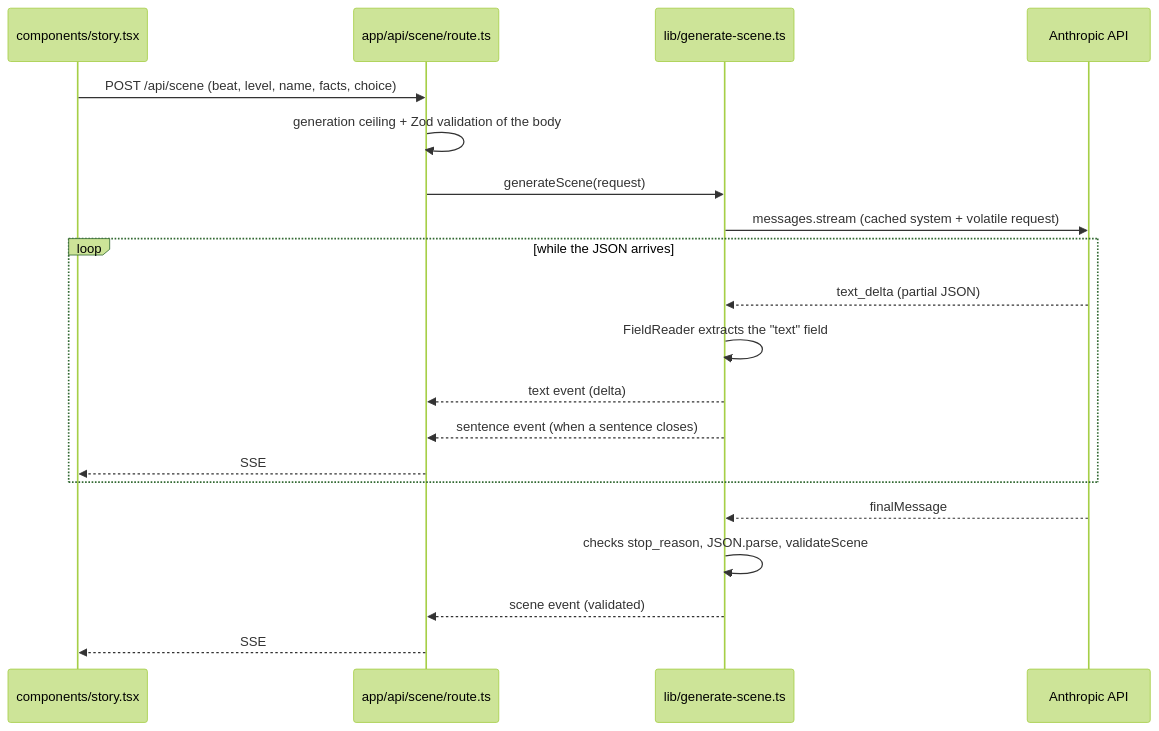
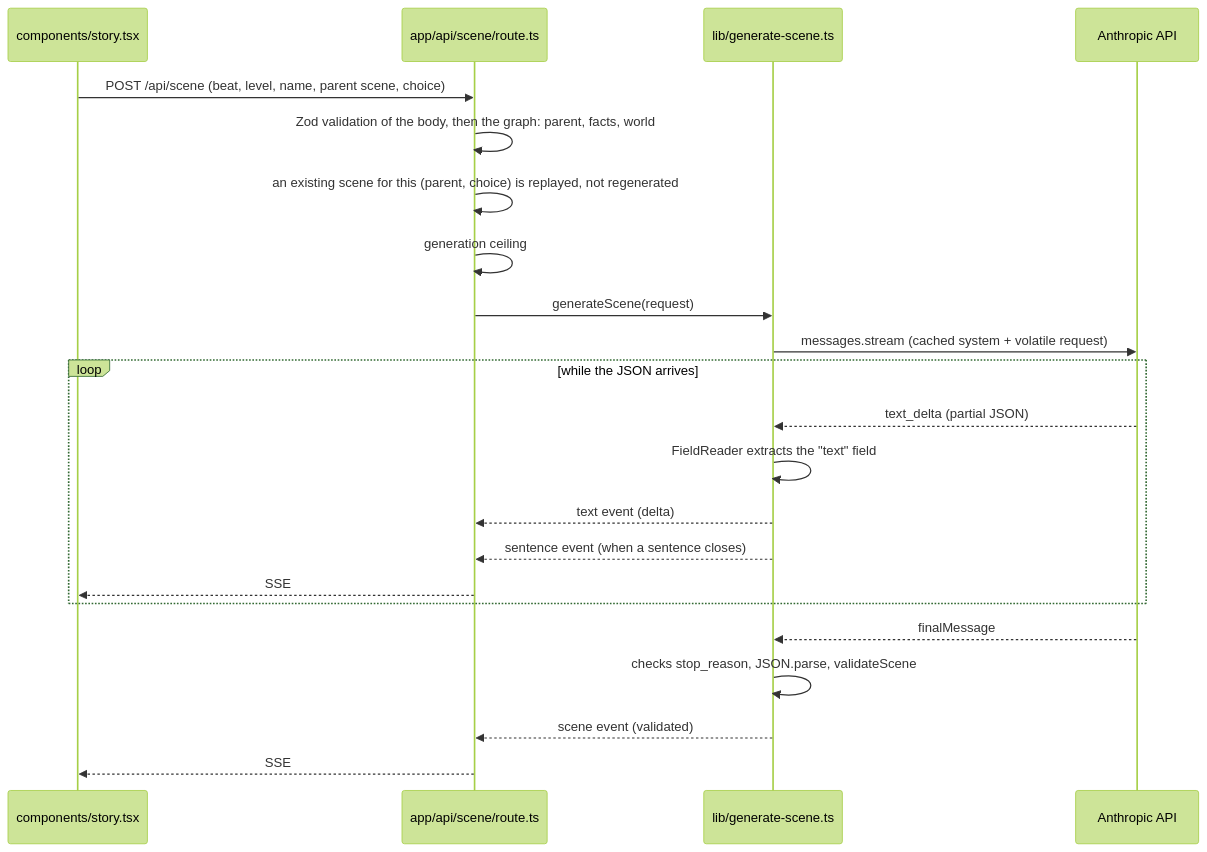
Before and after one commit to rodrigobastosv/conta-comigo: the diagram in docs/architecture.md, drawn with Mermaid (forest theme). The commit also changed other lines of this file and 21 other files, not shown here.

````diff
--- a/docs/architecture.md
+++ b/docs/architecture.md
@@ -8,23 +8,25 @@
 ```mermaid
 sequenceDiagram
     participant C as components/story.tsx
     participant R as app/api/scene/route.ts
     participant G as lib/generate-scene.ts
     participant A as Anthropic API
 
-    C->>R: POST /api/scene (beat, level, name, facts, choice)
-    R->>R: generation ceiling + Zod validation of the body
+    C->>R: POST /api/scene (beat, level, name, parent scene, choice)
+    R->>R: Zod validation of the body, then the graph: parent, facts, world
+    R->>R: an existing scene for this (parent, choice) is replayed, not regenerated
+    R->>R: generation ceiling
     R->>G: generateScene(request)
     G->>A: messages.stream (cached system + volatile request)
     loop while the JSON arrives
         A-->>G: text_delta (partial JSON)
         G->>G: FieldReader extracts the "text" field
         G-->>R: text event (delta)
         G-->>R: sentence event (when a sentence closes)
         R-->>C: SSE
     end
     A-->>G: finalMessage
     G->>G: checks stop_reason, JSON.parse, validateScene
     G-->>R: scene event (validated)
     R-->>C: SSE
 ```
````
